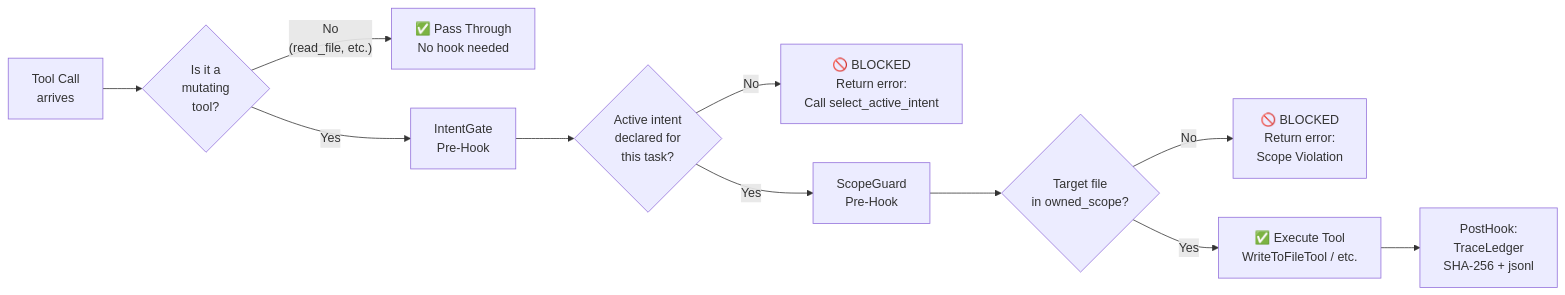
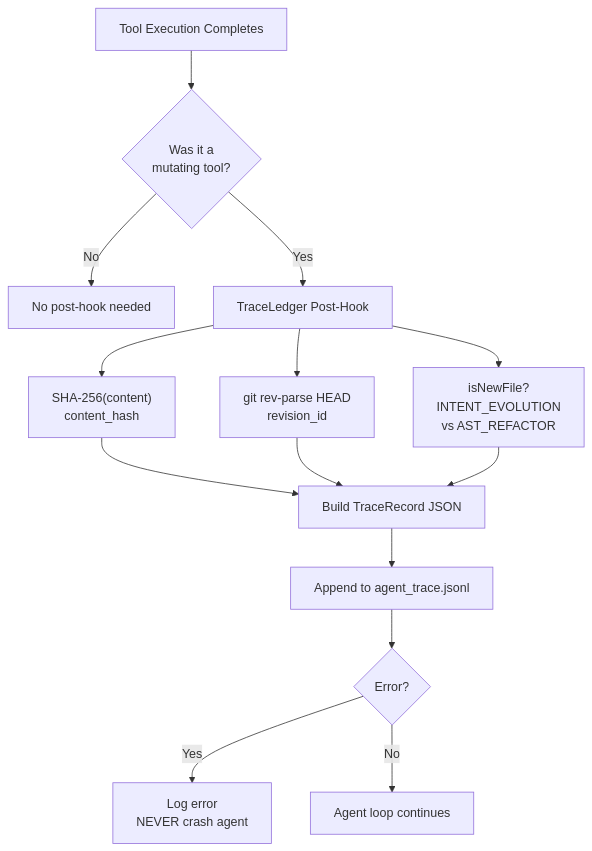
The seventh of 10 diagrams in ARCHITECTURE_NOTES.md (RooCodeInc/Roo-Code), drawn with Mermaid before and after one commit. The commit also changed other lines of this file, not shown here.

Commit message:
docs: restructure ARCHITECTURE_NOTES.md with professional format, tables, and 10 Mermaid diagrams

````diff
--- a/ARCHITECTURE_NOTES.md
+++ b/ARCHITECTURE_NOTES.md
@@ -434,13 +567,14 @@
 ```mermaid
-flowchart LR
-    TC["Tool Call\narrives"] --> MUT{Is it a\nmutating\ntool?}
-    MUT -->|"No\n(read_file, etc.)"| PASS["✅ Pass Through\nNo hook needed"]
-    MUT -->|"Yes"| IG["IntentGate\nPre-Hook"]
-    IG --> HASINT{Active intent\ndeclared for\nthis task?}
-    HASINT -->|"No"| BLOCK1["🚫 BLOCKED\nReturn error:\nCall select_active_intent"]
-    HASINT -->|"Yes"| SG["ScopeGuard\nPre-Hook"]
-    SG --> INSCOPE{Target file\nin owned_scope?}
-    INSCOPE -->|"No"| BLOCK2["🚫 BLOCKED\nReturn error:\nScope Violation"]
-    INSCOPE -->|"Yes"| EXEC["✅ Execute Tool\nWriteToFileTool / etc."]
-    EXEC --> POST["PostHook:\nTraceLedger\nSHA-256 + jsonl"]
+flowchart TD
+    TE["Tool Execution Completes"] --> MT{Was it a\nmutating tool?}
+    MT -->|No| PASS["No post-hook needed"]
+    MT -->|Yes| TL["TraceLedger Post-Hook"]
+    TL --> H1["SHA-256(content)\ncontent_hash"]
+    TL --> H2["git rev-parse HEAD\nrevision_id"]
+    TL --> H3["isNewFile?\nINTENT_EVOLUTION\nvs AST_REFACTOR"]
+    H1 & H2 & H3 --> BUILD["Build TraceRecord JSON"]
+    BUILD --> APPEND["Append to agent_trace.jsonl"]
+    APPEND --> ERR{Error?}
+    ERR -->|Yes| LOG["Log error\nNEVER crash agent"]
+    ERR -->|No| DONE["Agent loop continues"]
 ```
````
